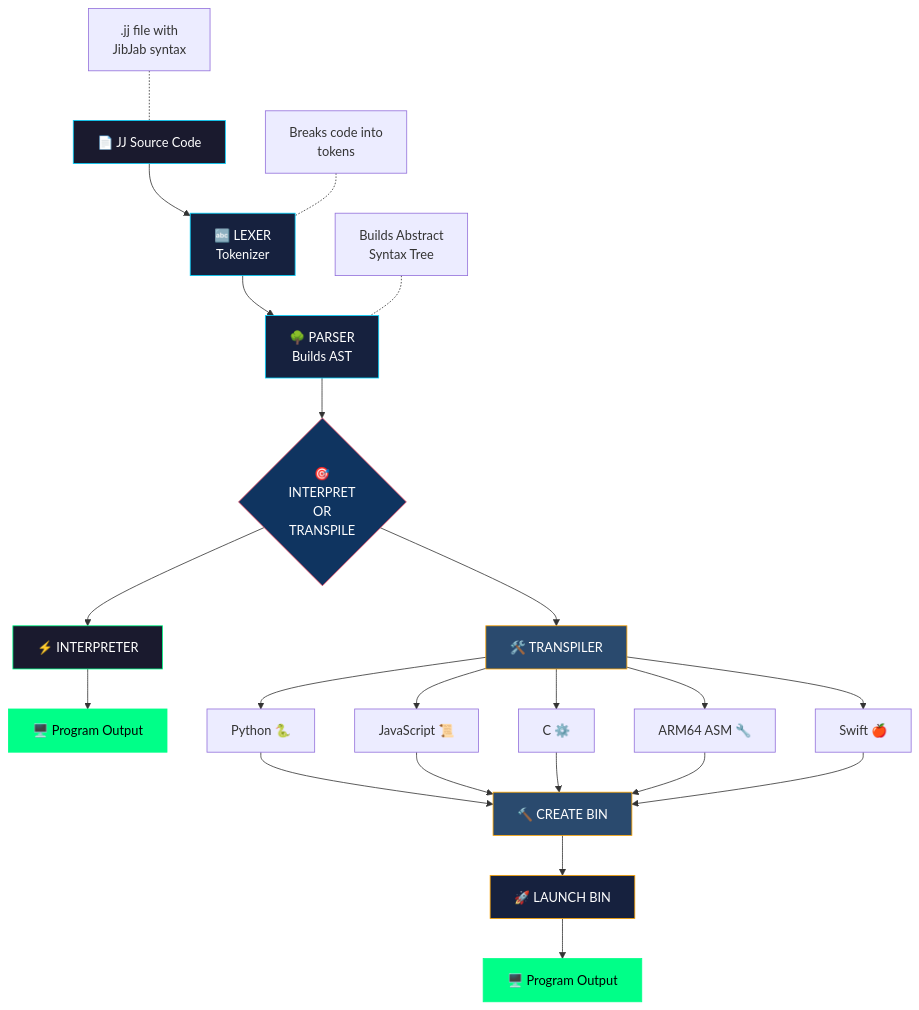
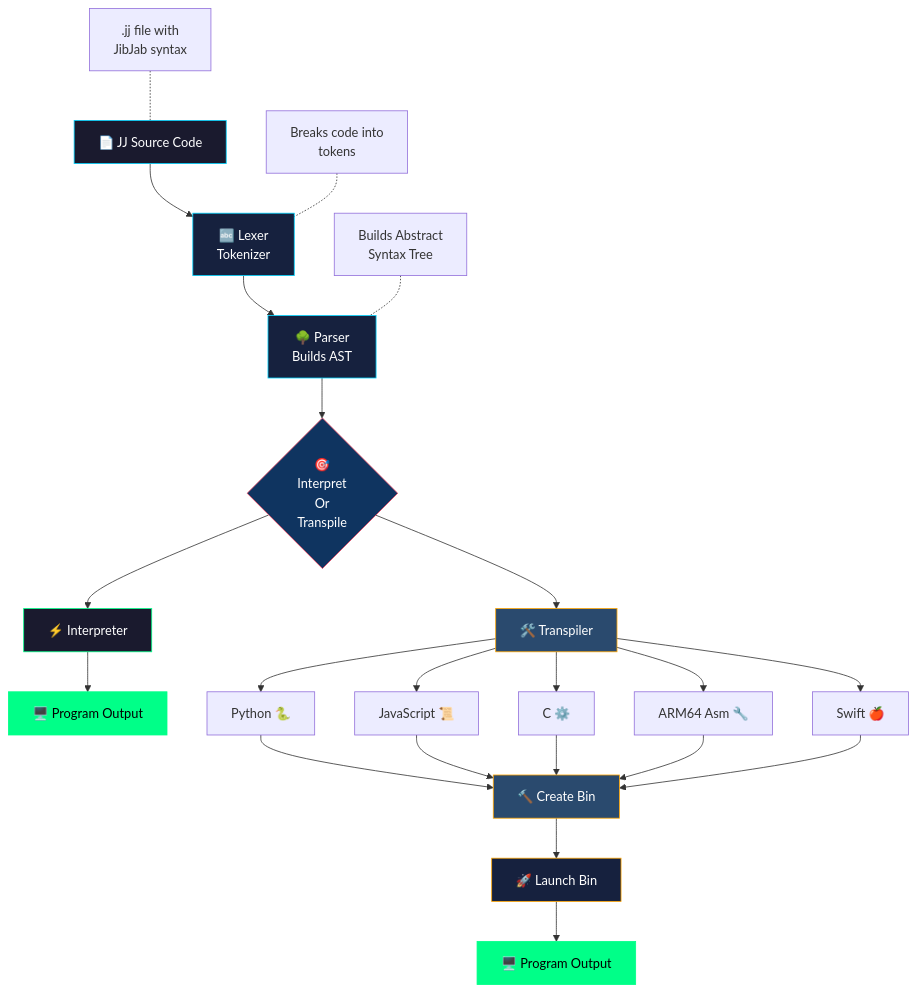
One commit to SuperBox64/JibberJabber changed the diagram in README.md. Above: the diagram before and after it, drawn with Mermaid.

````diff
--- a/README.md
+++ b/README.md
@@ -401,40 +401,40 @@
 ```mermaid
 flowchart TD
-    A[📄 JJ Source Code] --> B[🔤 LEXER<br>Tokenizer]
-    B --> C[🌳 PARSER<br>Builds AST]
-    C --> D{🎯<br>INTERPRET<br>OR<br>TRANSPILE}
+    A[📄 JJ Source Code] --> B[🔤 Lexer<br>Tokenizer]
+    B --> C[🌳 Parser<br>Builds AST]
+    C --> D{🎯<br>Interpret<br>Or<br>Transpile}
 
     A1[".jj file with<br>JibJab syntax"] -.- A
     B1["Breaks code into<br>tokens"] -.- B
     C1["Builds Abstract<br>Syntax Tree"] -.- C
 
-    D --> E[⚡ INTERPRETER]
+    D --> E[⚡ Interpreter]
     E --> F[🖥️ Program Output]
 
-    D --> G[🛠️ TRANSPILER]
+    D --> G[🛠️ Transpiler]
     G --> H[Python 🐍]
     G --> I[JavaScript 📜]
     G --> J[C ⚙️]
-    G --> K[ARM64 ASM 🔧]
+    G --> K[ARM64 Asm 🔧]
     G --> L[Swift 🍎]
 
-    H --> M[🔨 CREATE BIN]
+    H --> M[🔨 Create Bin]
     I --> M
     J --> M
     K --> M
     L --> M
-    M --> N[🚀 LAUNCH BIN]
+    M --> N[🚀 Launch Bin]
     N --> O[🖥️ Program Output]
 
     style M fill:#2a4a6e,stroke:#ffa500,color:#fff
     style N fill:#16213e,stroke:#ffa500,color:#fff
     style O fill:#00ff88,stroke:#00ff88,color:#000
 
     style A fill:#1a1a2e,stroke:#00d4ff,color:#fff
     style B fill:#16213e,stroke:#00d4ff,color:#fff
     style C fill:#16213e,stroke:#00d4ff,color:#fff
     style D fill:#0f3460,stroke:#e94560,color:#fff
     style E fill:#1a1a2e,stroke:#00ff88,color:#fff
     style F fill:#00ff88,stroke:#00ff88,color:#000
     style G fill:#2a4a6e,stroke:#ffa500,color:#fff
 ```
````
